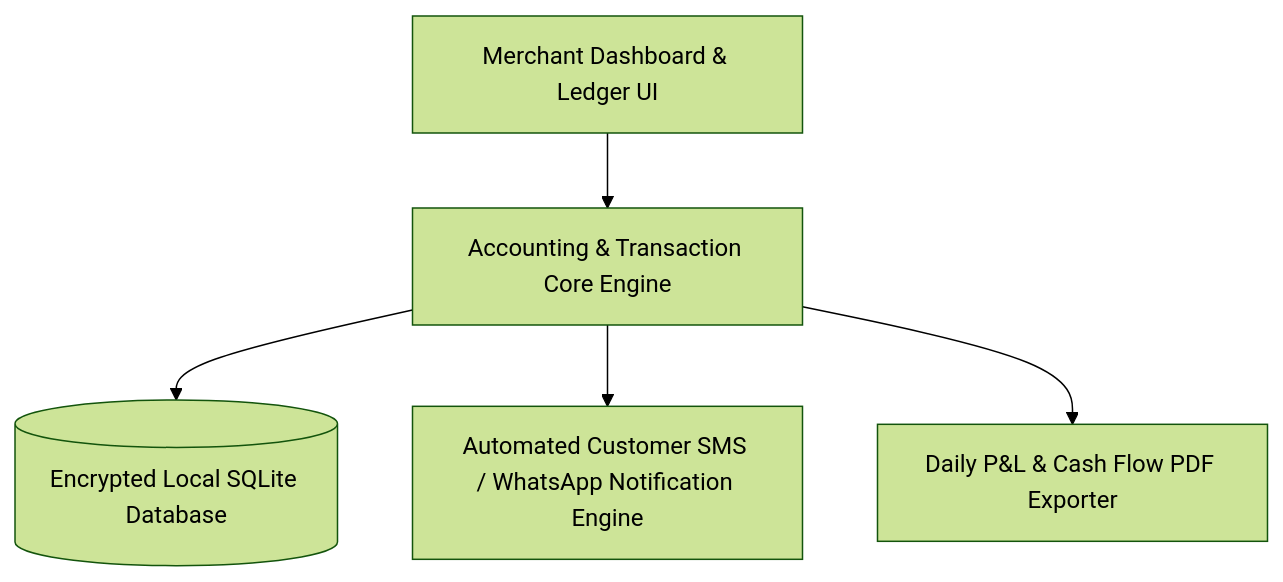
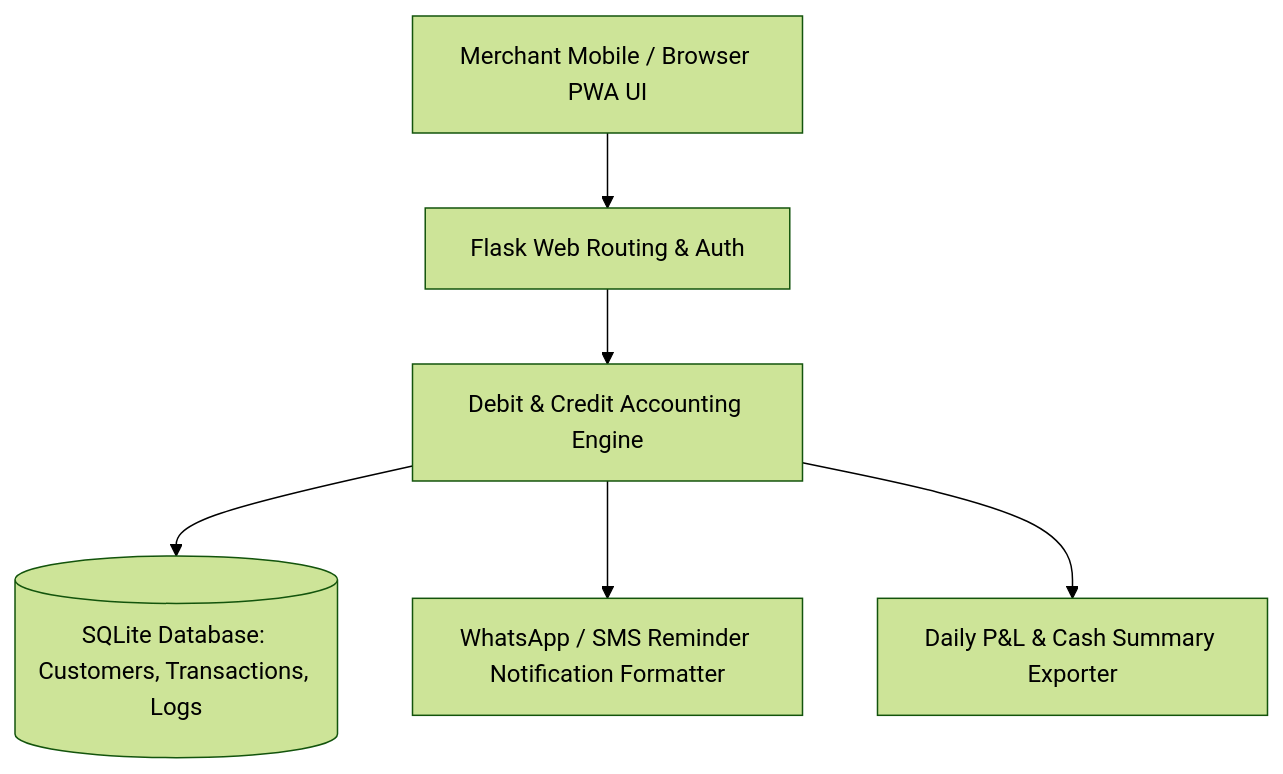
The diagram in README.md (abdussatarkhan/khatabook), drawn with Mermaid (forest theme) before and after one commit. The commit also changed other lines of this file, not shown here.

Commit message:
docs(readme): rewrite documentation for software engineering & desktop systems architecture

````diff
--- a/README.md
+++ b/README.md
@@ -22,7 +23,8 @@
 ```mermaid
 graph TD
-    MerchantUI[Merchant Dashboard & Ledger UI] --> Logic[Accounting & Transaction Core Engine]
-    Logic --> LedgerDB[(Encrypted Local SQLite Database)]
-    Logic --> Reminder[Automated Customer SMS / WhatsApp Notification Engine]
-    Logic --> Reports[Daily P&L & Cash Flow PDF Exporter]
+    Client[Merchant Mobile / Browser PWA UI] --> FlaskApp[Flask Web Routing & Auth]
+    FlaskApp --> LedgerEngine[Debit & Credit Accounting Engine]
+    LedgerEngine --> DB[(SQLite Database: Customers, Transactions, Logs)]
+    LedgerEngine --> Notifier[WhatsApp / SMS Reminder Notification Formatter]
+    LedgerEngine --> Export[Daily P&L & Cash Summary Exporter]
 ```
````
